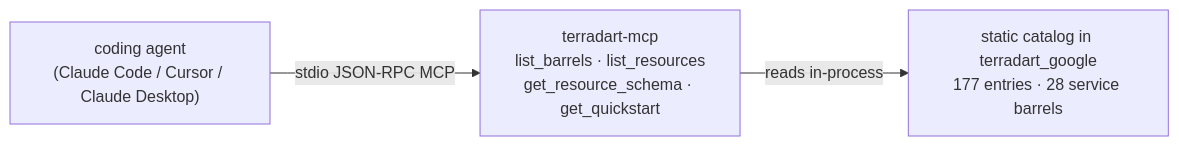
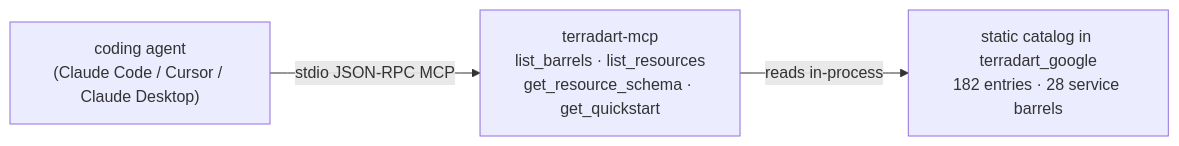
Before and after one commit to nozomi-koborinai/terradart: the diagram in website/src/content/docs/docs/agent/index.md, drawn with Mermaid. The commit also changed other lines of this file and 64 other files, not shown here.

````diff
--- a/website/src/content/docs/docs/agent/index.md
+++ b/website/src/content/docs/docs/agent/index.md
@@ -12,8 +12,8 @@
 ```mermaid
 graph LR
   agent["coding agent<br/>(Claude Code / Cursor / Claude Desktop)"]
   mcp["terradart-mcp<br/>list_barrels · list_resources<br/>get_resource_schema · get_quickstart"]
-  catalog["static catalog in terradart_google<br/>177 entries · 28 service barrels"]
+  catalog["static catalog in terradart_google<br/>182 entries · 28 service barrels"]
   agent -->|stdio JSON-RPC MCP| mcp
   mcp -->|reads in-process| catalog
 ```
````
